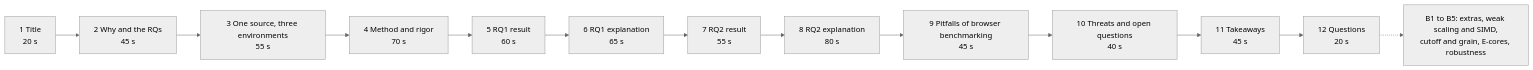
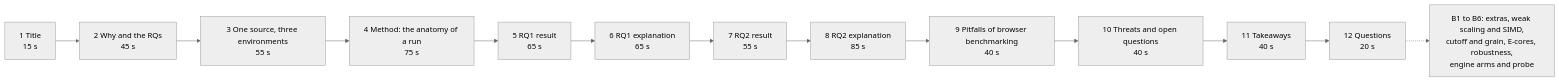
One commit to DavidCCoimbra/Scalability-of-Parallel-Code-in-WebAssembly-in-the-Browser-vs-Native changed the diagram in presentation/README.md. Above: the diagram before and after it, drawn with Mermaid (neutral theme). The commit also changed other lines of this file and 2 other files, not shown here.

````diff
--- a/presentation/README.md
+++ b/presentation/README.md
@@ -33,15 +61,15 @@
 ```mermaid
 flowchart LR
-    title["1 Title<br/>20 s"] --> why["2 Why and the RQs<br/>45 s"]
+    title["1 Title<br/>15 s"] --> why["2 Why and the RQs<br/>45 s"]
     why --> design["3 One source, three environments<br/>55 s"]
-    design --> method["4 Method and rigor<br/>70 s"]
-    method --> rq1["5 RQ1 result<br/>60 s"]
+    design --> method["4 Method: the anatomy of a run<br/>75 s"]
+    method --> rq1["5 RQ1 result<br/>65 s"]
     rq1 --> rq1why["6 RQ1 explanation<br/>65 s"]
     rq1why --> rq2["7 RQ2 result<br/>55 s"]
-    rq2 --> rq2why["8 RQ2 explanation<br/>80 s"]
-    rq2why --> pitfalls["9 Pitfalls of browser benchmarking<br/>45 s"]
+    rq2 --> rq2why["8 RQ2 explanation<br/>85 s"]
+    rq2why --> pitfalls["9 Pitfalls of browser benchmarking<br/>40 s"]
     pitfalls --> threats["10 Threats and open questions<br/>40 s"]
-    threats --> takeaways["11 Takeaways<br/>45 s"]
+    threats --> takeaways["11 Takeaways<br/>40 s"]
     takeaways --> questions["12 Questions<br/>20 s"]
-    questions -.-> backup["B1 to B5: extras, weak scaling and SIMD,<br/>cutoff and grain, E-cores, robustness"]
+    questions -.-> backup["B1 to B6: extras, weak scaling and SIMD,<br/>cutoff and grain, E-cores, robustness,<br/>engine arms and probe"]
 ```
````
